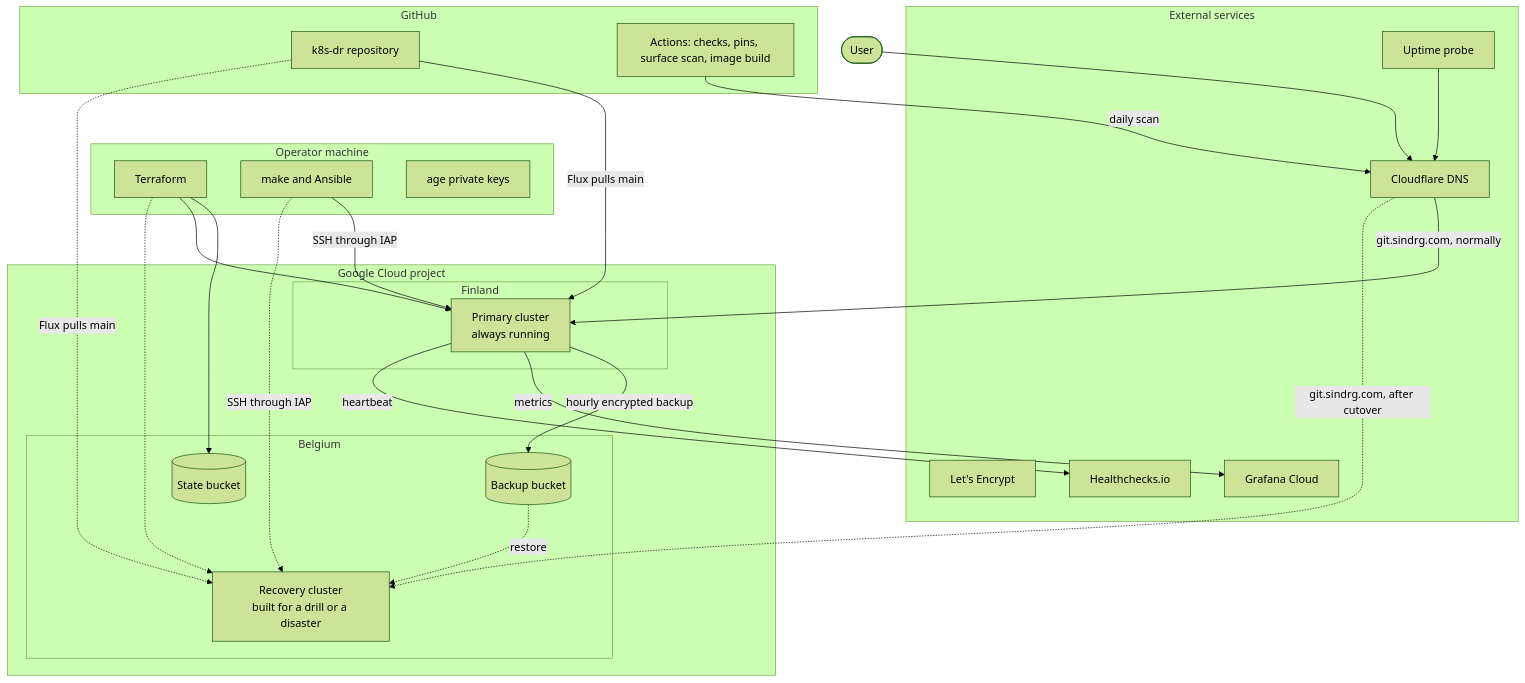
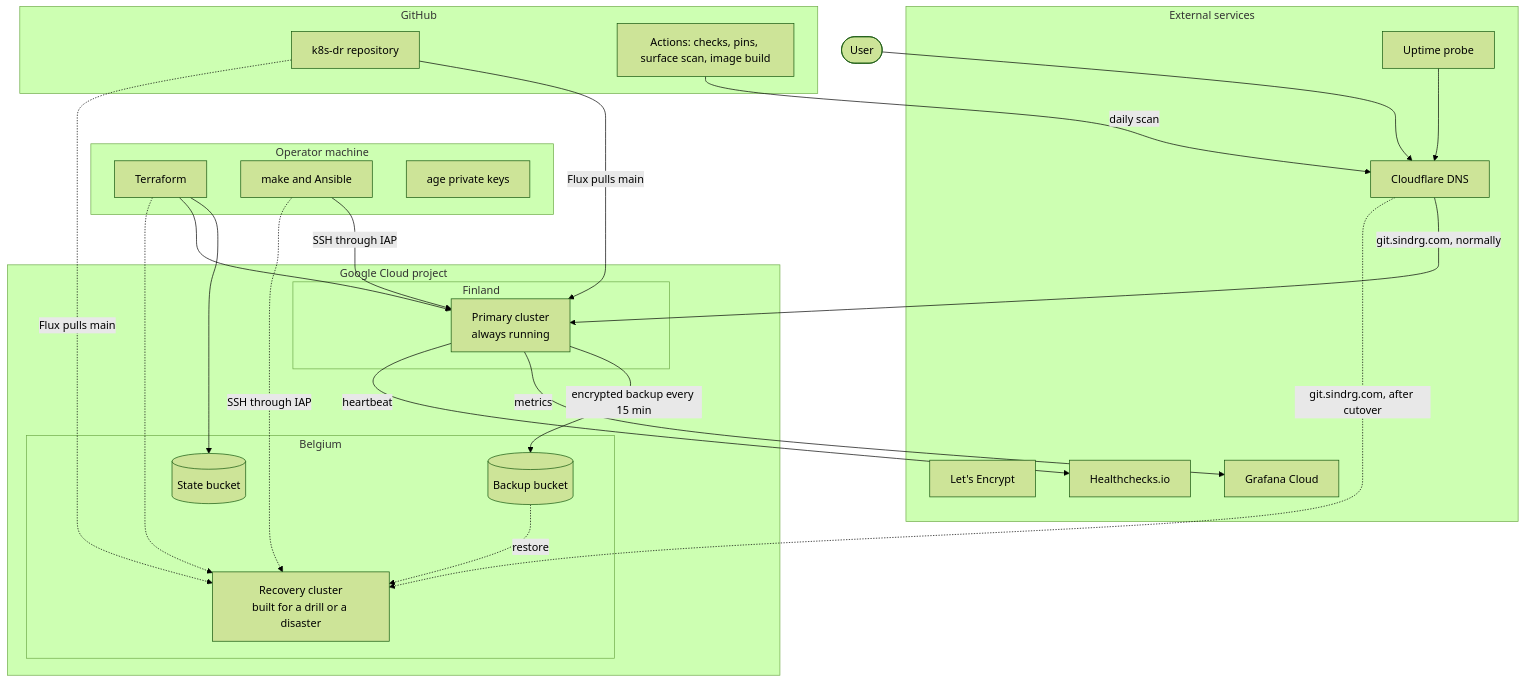
The diagram in docs/architecture/README.md (sindredg/k8s-dr), drawn with Mermaid (forest theme) before and after one commit. The commit also changed other lines of this file and 12 other files, not shown here.

````diff
--- a/docs/architecture/README.md
+++ b/docs/architecture/README.md
@@ -9,49 +9,49 @@
 ```mermaid
 flowchart TB
     subgraph operator["Operator machine"]
         tf["Terraform"]
         make["make and Ansible"]
         keys["age private keys"]
     end
 
     subgraph github["GitHub"]
         repo["k8s-dr repository"]
         actions["Actions: checks, pins, surface scan, image build"]
     end
 
     subgraph gcp["Google Cloud project"]
         subgraph belgium["Belgium"]
             state[("State bucket")]
             backups[("Backup bucket")]
             recovery["Recovery cluster<br/>built for a drill or a disaster"]
         end
         subgraph finland["Finland"]
             primary["Primary cluster<br/>always running"]
         end
     end
 
     subgraph external["External services"]
         cf["Cloudflare DNS"]
         le["Let's Encrypt"]
         grafana["Grafana Cloud"]
         hc["Healthchecks.io"]
         probe["Uptime probe"]
     end
 
     user(["User"]) --> cf
     cf -- "git.sindrg.com, normally" --> primary
     cf -. "git.sindrg.com, after cutover" .-> recovery
     tf --> state
     tf --> primary
     tf -.-> recovery
     make -- "SSH through IAP" --> primary
     make -. "SSH through IAP" .-> recovery
     repo -- "Flux pulls main" --> primary
     repo -. "Flux pulls main" .-> recovery
-    primary -- "hourly encrypted backup" --> backups
+    primary -- "encrypted backup every 15 min" --> backups
     backups -. "restore" .-> recovery
     primary -- "metrics" --> grafana
     primary -- "heartbeat" --> hc
     probe --> cf
     actions -- "daily scan" --> cf
 ```
````
